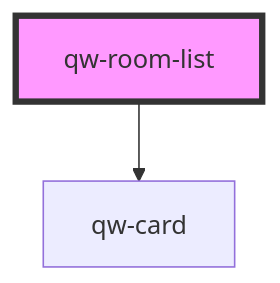
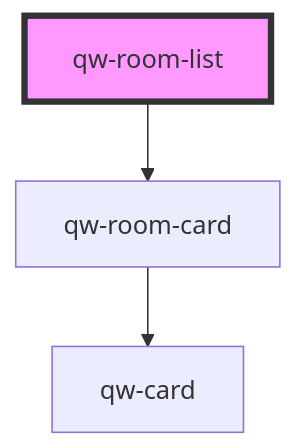
Before and after one commit to qwentes-team/qw-hotels: the diagram in src/components/qw-room-list/readme.md, drawn with Mermaid. The commit also changed other lines of this file and 9 other files, not shown here.

````diff
--- a/src/components/qw-room-list/readme.md
+++ b/src/components/qw-room-list/readme.md
@@ -15,5 +15,6 @@
 ```mermaid
 graph TD;
-  qw-room-list --> qw-card
+  qw-room-list --> qw-room-card
+  qw-room-card --> qw-card
   style qw-room-list fill:#f9f,stroke:#333,stroke-width:4px
 ```
````
